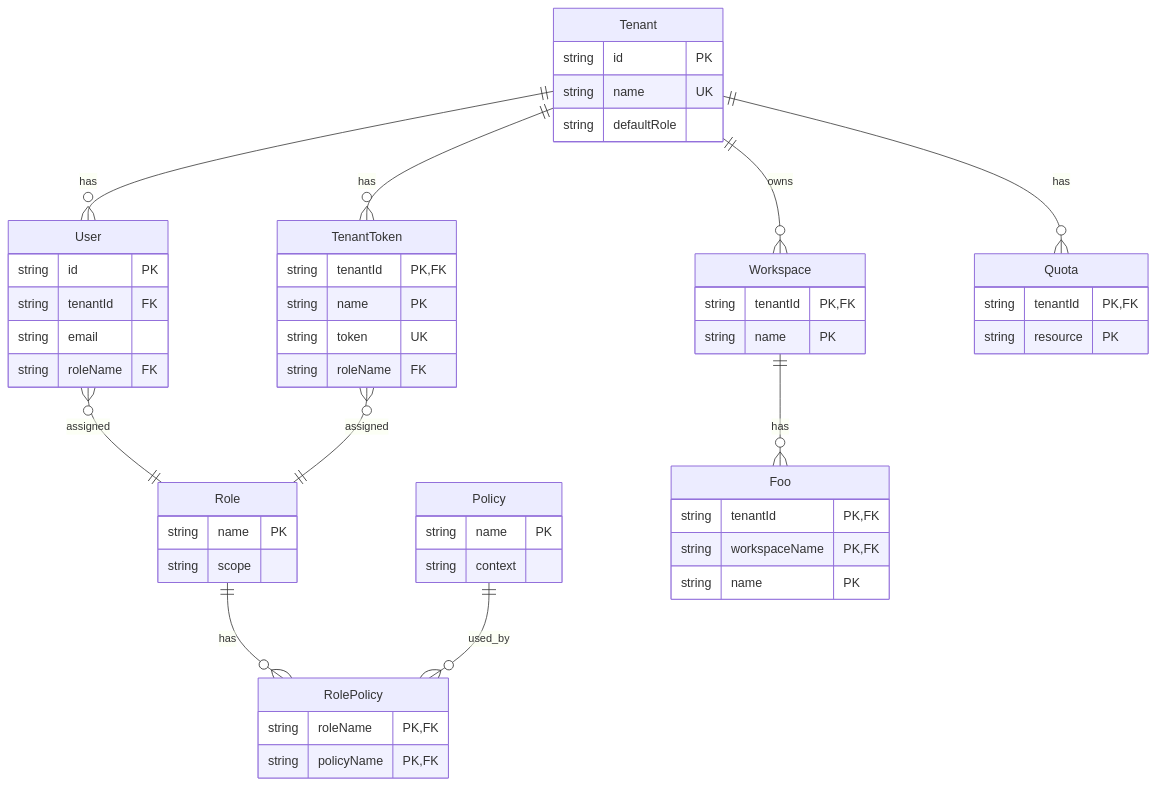
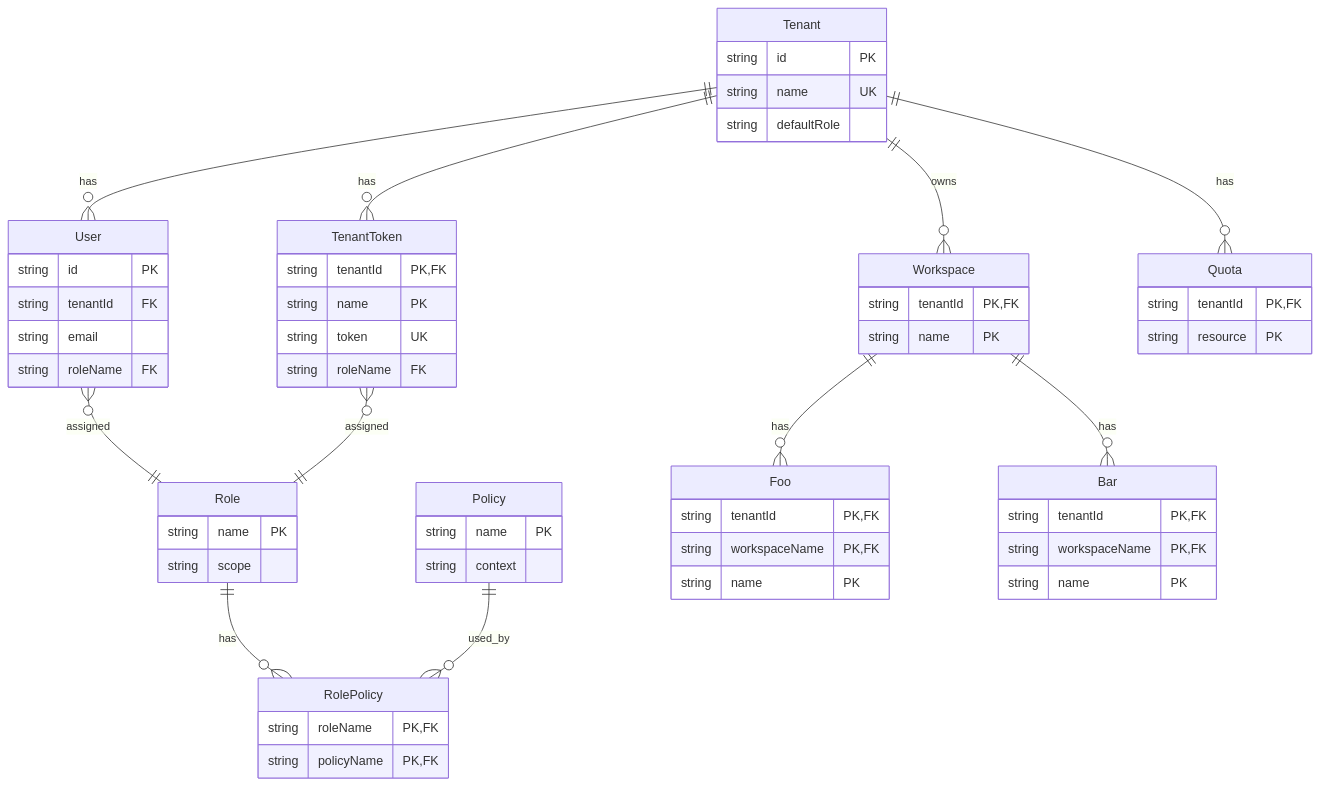
Before and after one commit to hiroki-it/tech-notebook: the second of 2 diagrams in docs/software/software_middleware_database_rdb_er.md, drawn with Mermaid. The commit also changed other lines of this file, not shown here.

````diff
--- a/docs/software/software_middleware_database_rdb_er.md
+++ b/docs/software/software_middleware_database_rdb_er.md
@@ -34,65 +62,72 @@
 ```mermaid
 erDiagram
   Tenant ||--o{ User : has
   Tenant ||--o{ TenantToken : has
   Tenant ||--o{ Workspace : owns
   Tenant ||--o{ Quota : has
 
   User }o--|| Role : assigned
   TenantToken }o--|| Role : assigned
   Role ||--o{ RolePolicy : has
   Policy ||--o{ RolePolicy : used_by
 
   Workspace ||--o{ Foo : has
+  Workspace ||--o{ Bar : has
 
   Tenant {
     string id PK
     string name UK
     string defaultRole
   }
 
   User {
     string id PK
     string tenantId FK
     string email
     string roleName FK
   }
 
   TenantToken {
     string tenantId PK,FK
     string name PK
     string token UK
     string roleName FK
   }
 
   Role {
     string name PK
     string scope
   }
 
   Policy {
     string name PK
     string context
   }
 
   RolePolicy {
     string roleName PK,FK
     string policyName PK,FK
   }
 
   Workspace {
     string tenantId PK,FK
     string name PK
   }
 
   Quota {
     string tenantId PK,FK
     string resource PK
   }
 
   Foo {
     string tenantId PK,FK
     string workspaceName PK,FK
     string name PK
   }
+
+  Bar {
+    string tenantId PK,FK
+    string workspaceName PK,FK
+    string name PK
+  }
 ```
````
